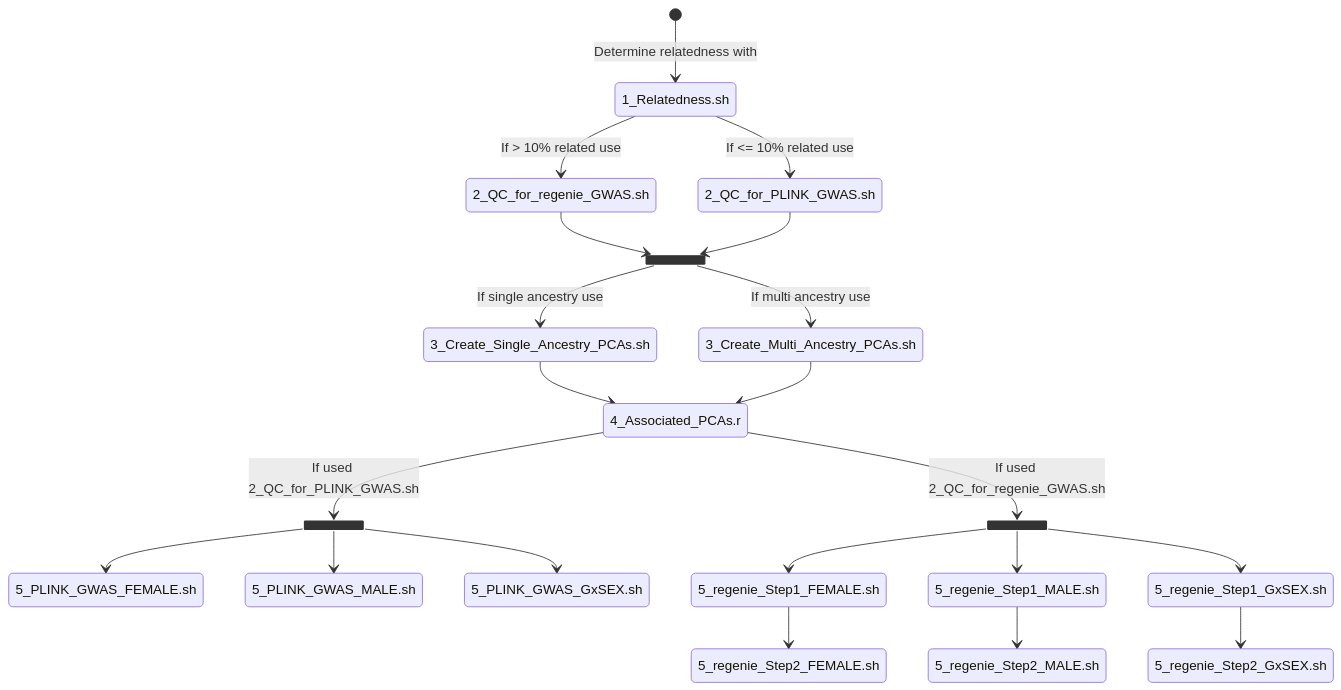
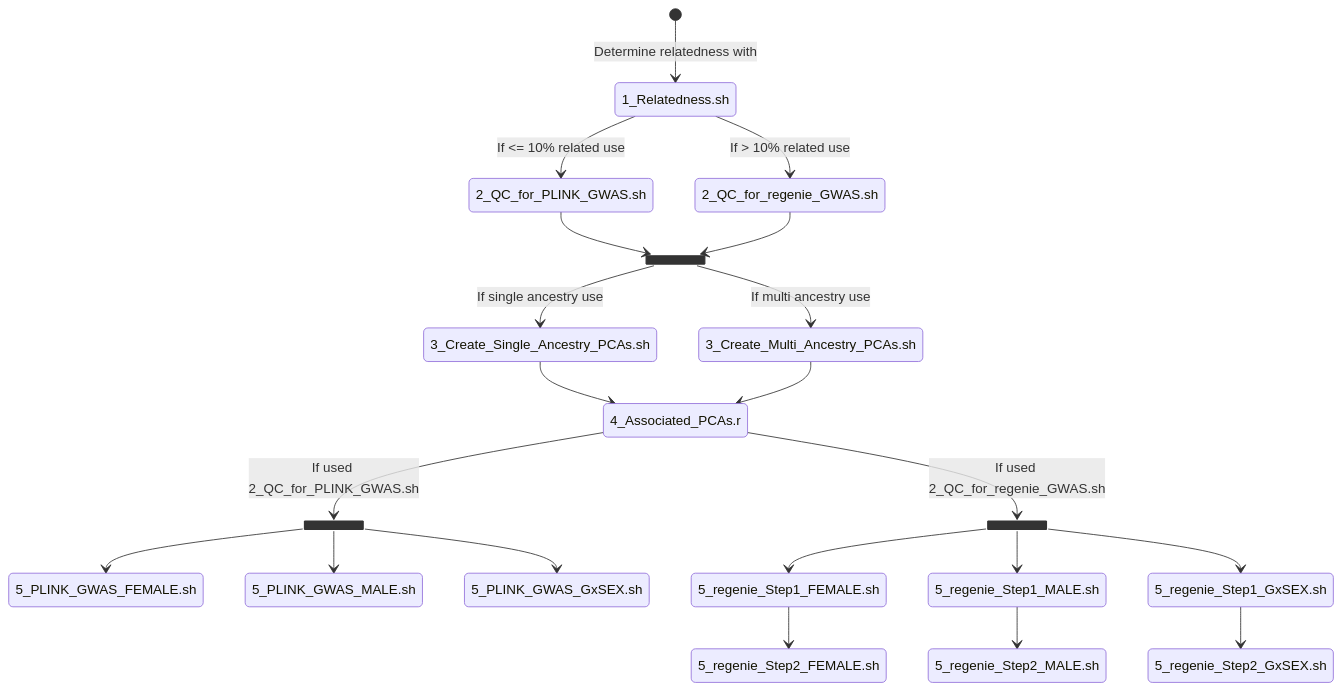
One commit to psychiatric-genomics-consortium/sex-stratified-depression changed the diagram in README.md. Above: the diagram before and after it, drawn with Mermaid. The commit also changed other lines of this file, not shown here.

````diff
--- a/README.md
+++ b/README.md
@@ -14,26 +14,26 @@
 ```mermaid
 stateDiagram-v2
  state anc <<join>>
  state rel2 <<join>>
  state rel <<join>>
  [*] --> 1_Relatedness.sh : Determine relatedness with
+ 1_Relatedness.sh --> 2_QC_for_PLINK_GWAS.sh : If <= 10% related use
  1_Relatedness.sh --> 2_QC_for_regenie_GWAS.sh : If > 10% related use
- 1_Relatedness.sh --> 2_QC_for_PLINK_GWAS.sh : If <= 10% related use
+ 2_QC_for_PLINK_GWAS.sh --> anc
  2_QC_for_regenie_GWAS.sh --> anc
- 2_QC_for_PLINK_GWAS.sh --> anc
  anc --> 3_Create_Single_Ancestry_PCAs.sh : If single ancestry use
  anc --> 3_Create_Multi_Ancestry_PCAs.sh : If multi ancestry use
  3_Create_Single_Ancestry_PCAs.sh --> 4_Associated_PCAs.r
  3_Create_Multi_Ancestry_PCAs.sh --> 4_Associated_PCAs.r
  4_Associated_PCAs.r --> rel2 : If used 2_QC_for_regenie_GWAS.sh
  4_Associated_PCAs.r --> rel : If used 2_QC_for_PLINK_GWAS.sh
  rel --> 5_PLINK_GWAS_FEMALE.sh
  rel --> 5_PLINK_GWAS_MALE.sh
  rel --> 5_PLINK_GWAS_GxSEX.sh
  rel2 --> 5_regenie_Step1_FEMALE.sh
  rel2 --> 5_regenie_Step1_MALE.sh
  rel2 --> 5_regenie_Step1_GxSEX.sh
  5_regenie_Step1_FEMALE.sh --> 5_regenie_Step2_FEMALE.sh
  5_regenie_Step1_MALE.sh --> 5_regenie_Step2_MALE.sh
  5_regenie_Step1_GxSEX.sh --> 5_regenie_Step2_GxSEX.sh 
 ```
````
